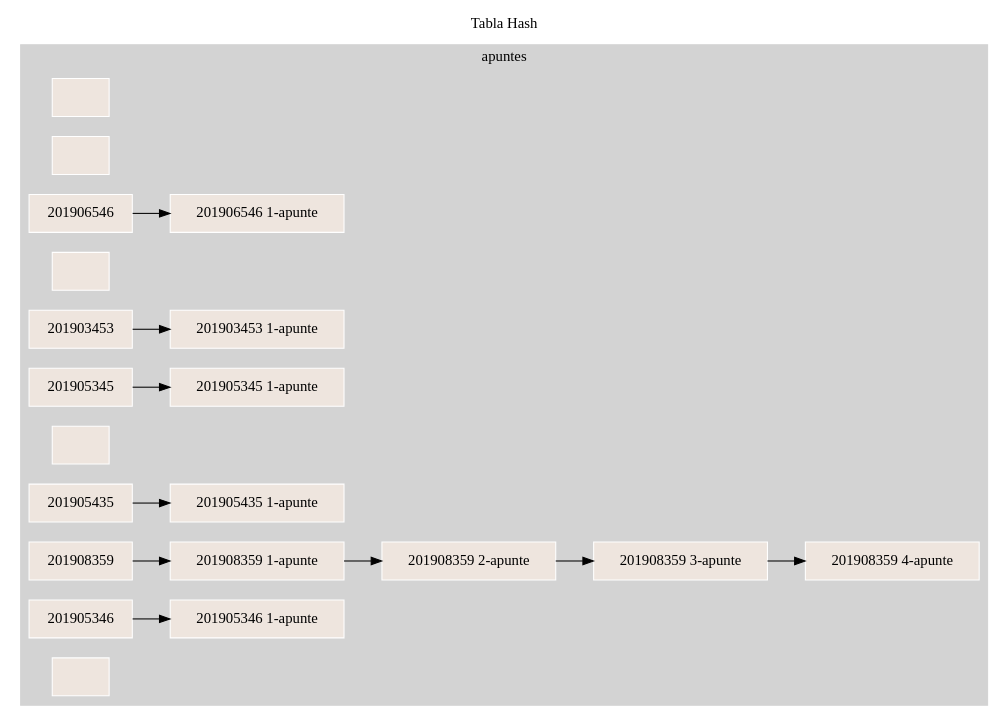
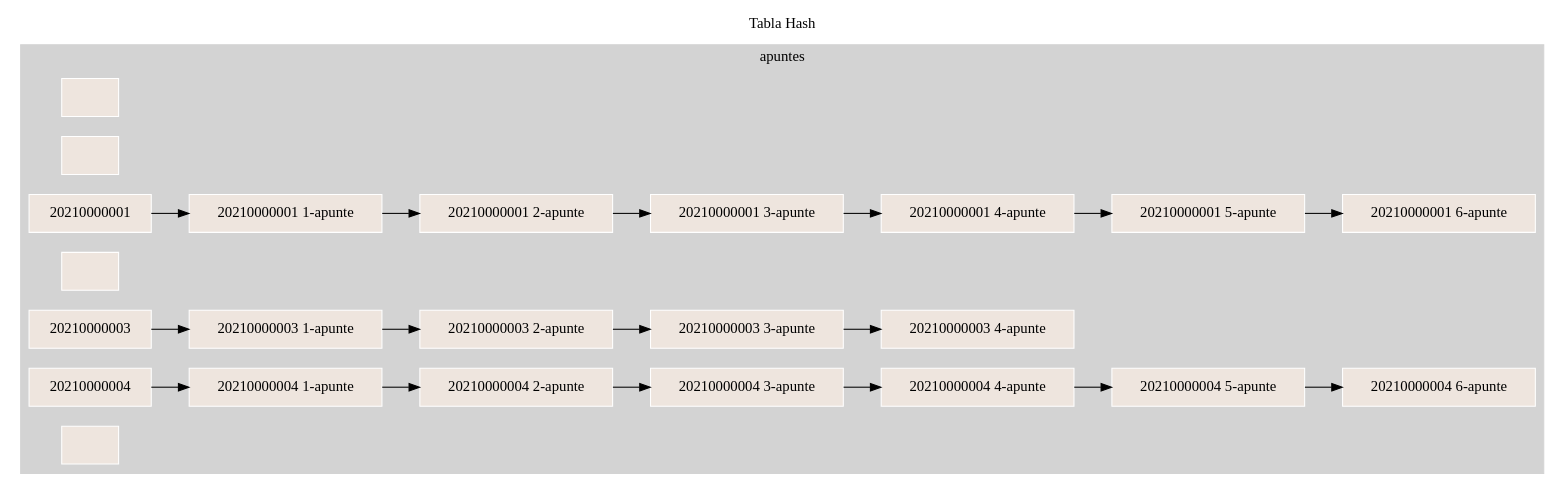
Before and after one commit to Alexz330/F3-EDD_SmartClass_-201908359: the diagram in BackEnd/apuntes.dot, drawn with Graphviz. The commit also changed 12 other files, not shown here.

```diff
--- a/BackEnd/apuntes.dot
+++ b/BackEnd/apuntes.dot
@@ -1,32 +1,35 @@
 digraph grafica{
 rankdir=LR;
 node [shape = record, style=filled, fillcolor=seashell2];
  labelloc="t";
 label="Tabla Hash";
 subgraph cluster_0{
 style=filled;
 color=lightgrey;
 node [style=filled,color=white];
 nodoMateria0 [label =""];
 nodoMateria1 [label =""];
-nodoMateria201906546 [label ="201906546"];
+nodoMateria20210000001 [label ="20210000001"];
 nodoMateria3 [label =""];
-nodoMateria201903453 [label ="201903453"];
-nodoMateria201905345 [label ="201905345"];
+nodoMateria20210000003 [label ="20210000003"];
+nodoMateria20210000004 [label ="20210000004"];
 nodoMateria6 [label =""];
-nodoMateria201905435 [label ="201905435"];
-nodoMateria201908359 [label ="201908359"];
-nodoMateria201905346 [label ="201905346"];
-nodoMateria10 [label =""];
-nodoMateria201906546 -> nodoApunte0201906546 nodoMateria201903453 -> nodoApunte0201903453 nodoMateria201905345 -> nodoApunte0201905345 nodoMateria201905435 -> nodoApunte0201905435 nodoMateria201908359 -> nodoApunte0201908359 -> nodoApunte1201908359 -> nodoApunte2201908359 -> nodoApunte3201908359 nodoMateria201905346 -> nodoApunte0201905346 nodoApunte0201906546[label ="201906546 1-apunte"]
- nodoApunte0201903453[label ="201903453 1-apunte"]
- nodoApunte0201905345[label ="201905345 1-apunte"]
- nodoApunte0201905435[label ="201905435 1-apunte"]
- nodoApunte0201908359[label ="201908359 1-apunte"]
- nodoApunte1201908359[label ="201908359 2-apunte"]
- nodoApunte2201908359[label ="201908359 3-apunte"]
- nodoApunte3201908359[label ="201908359 4-apunte"]
- nodoApunte0201905346[label ="201905346 1-apunte"]
+nodoMateria20210000001 -> nodoApunte020210000001 -> nodoApunte120210000001 -> nodoApunte220210000001 -> nodoApunte320210000001 -> nodoApunte420210000001 -> nodoApunte520210000001 nodoMateria20210000003 -> nodoApunte020210000003 -> nodoApunte120210000003 -> nodoApunte220210000003 -> nodoApunte320210000003 nodoMateria20210000004 -> nodoApunte020210000004 -> nodoApunte120210000004 -> nodoApunte220210000004 -> nodoApunte320210000004 -> nodoApunte420210000004 -> nodoApunte520210000004 nodoApunte020210000001[label ="20210000001 1-apunte"]
+ nodoApunte120210000001[label ="20210000001 2-apunte"]
+ nodoApunte220210000001[label ="20210000001 3-apunte"]
+ nodoApunte320210000001[label ="20210000001 4-apunte"]
+ nodoApunte420210000001[label ="20210000001 5-apunte"]
+ nodoApunte520210000001[label ="20210000001 6-apunte"]
+ nodoApunte020210000003[label ="20210000003 1-apunte"]
+ nodoApunte120210000003[label ="20210000003 2-apunte"]
+ nodoApunte220210000003[label ="20210000003 3-apunte"]
+ nodoApunte320210000003[label ="20210000003 4-apunte"]
+ nodoApunte020210000004[label ="20210000004 1-apunte"]
+ nodoApunte120210000004[label ="20210000004 2-apunte"]
+ nodoApunte220210000004[label ="20210000004 3-apunte"]
+ nodoApunte320210000004[label ="20210000004 4-apunte"]
+ nodoApunte420210000004[label ="20210000004 5-apunte"]
+ nodoApunte520210000004[label ="20210000004 6-apunte"]
  
 label ="apuntes"
 }}
```
